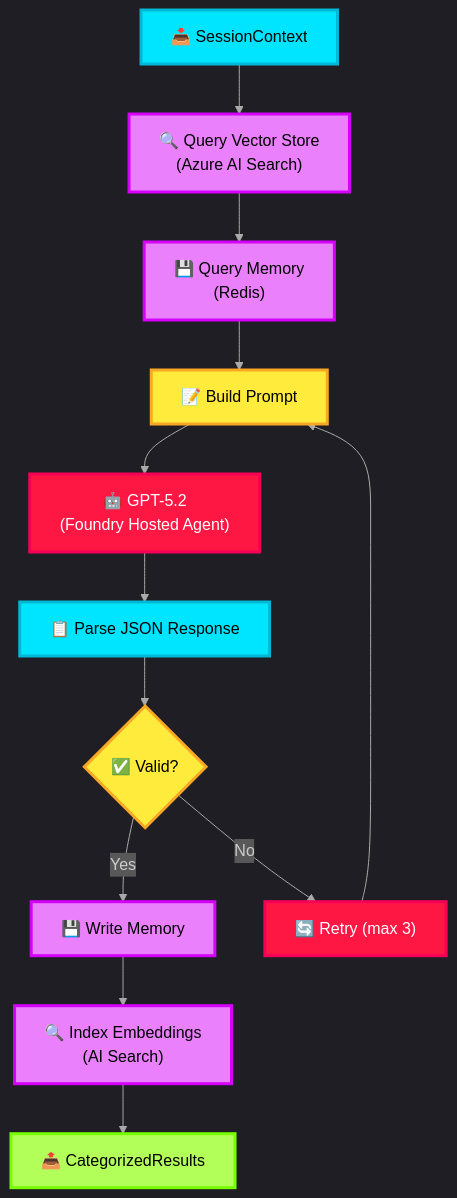
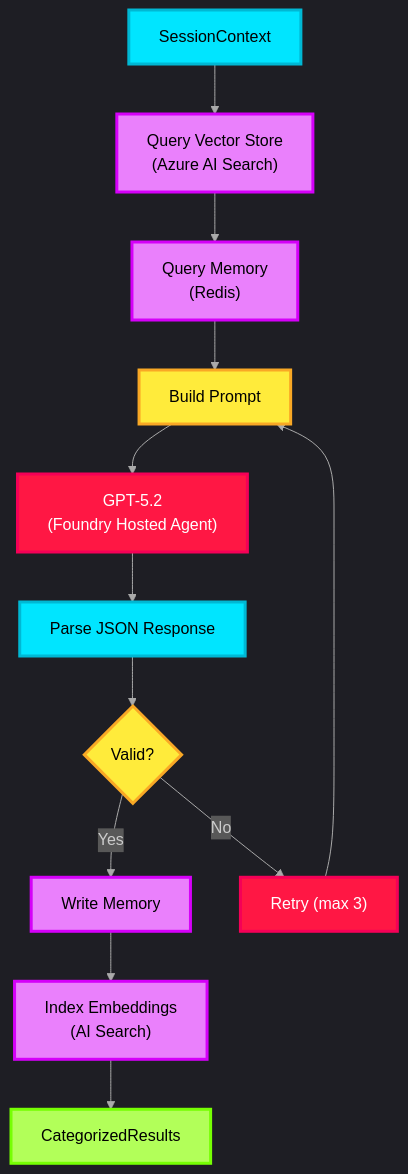
Before and after one commit to thanhauco/agentic-ai-icm-system: the diagram in docs/04-summarizer-agent.md, drawn with Mermaid. The commit also changed 1 other file, not shown here.

Commit message:
docs: Add initial documentation for all major system components of the agentic AI ICM system.

````diff
--- a/docs/04-summarizer-agent.md
+++ b/docs/04-summarizer-agent.md
@@ -9,27 +9,27 @@
 ```mermaid
 %%{init: {'theme': 'dark', 'themeVariables': {'lineColor': '#AAAAAA'}}}%%
 graph TD
-    A["📥 SessionContext"] --> B["🔍 Query Vector Store<br>(Azure AI Search)"]
-    B --> C["💾 Query Memory<br>(Redis)"]
-    C --> D["📝 Build Prompt"]
-    D --> E["🤖 GPT-5.2<br>(Foundry Hosted Agent)"]
-    E --> F["📋 Parse JSON Response"]
-    F --> G{"✅ Valid?"}
-    G -->|Yes| H["💾 Write Memory"]
-    G -->|No| I["🔄 Retry (max 3)"]
-    I --> D
-    H --> J["🔍 Index Embeddings<br>(AI Search)"]
-    J --> K["📤 CategorizedResults"]
+ A["SessionContext"] --> B["Query Vector Store<br>(Azure AI Search)"]
+ B --> C["Query Memory<br>(Redis)"]
+ C --> D["Build Prompt"]
+ D --> E["GPT-5.2<br>(Foundry Hosted Agent)"]
+ E --> F["Parse JSON Response"]
+ F --> G{"Valid?"}
+ G -->|Yes| H["Write Memory"]
+ G -->|No| I["Retry (max 3)"]
+ I --> D
+ H --> J["Index Embeddings<br>(AI Search)"]
+ J --> K["CategorizedResults"]
 
-    style A fill:#00E5FF,stroke:#00B8D4,stroke-width:3px,color:#000
-    style B fill:#EA80FC,stroke:#D500F9,stroke-width:3px,color:#000
-    style C fill:#EA80FC,stroke:#D500F9,stroke-width:3px,color:#000
-    style D fill:#FFEB3B,stroke:#F9A825,stroke-width:3px,color:#000
-    style E fill:#FF1744,stroke:#F50057,stroke-width:3px,color:#fff
-    style F fill:#00E5FF,stroke:#00B8D4,stroke-width:3px,color:#000
-    style G fill:#FFEB3B,stroke:#F9A825,stroke-width:3px,color:#000
-    style H fill:#EA80FC,stroke:#D500F9,stroke-width:3px,color:#000
-    style I fill:#FF1744,stroke:#F50057,stroke-width:3px,color:#fff
-    style J fill:#EA80FC,stroke:#D500F9,stroke-width:3px,color:#000
-    style K fill:#B2FF59,stroke:#76FF03,stroke-width:3px,color:#000
+ style A fill:#00E5FF,stroke:#00B8D4,stroke-width:3px,color:#000
+ style B fill:#EA80FC,stroke:#D500F9,stroke-width:3px,color:#000
+ style C fill:#EA80FC,stroke:#D500F9,stroke-width:3px,color:#000
+ style D fill:#FFEB3B,stroke:#F9A825,stroke-width:3px,color:#000
+ style E fill:#FF1744,stroke:#F50057,stroke-width:3px,color:#fff
+ style F fill:#00E5FF,stroke:#00B8D4,stroke-width:3px,color:#000
+ style G fill:#FFEB3B,stroke:#F9A825,stroke-width:3px,color:#000
+ style H fill:#EA80FC,stroke:#D500F9,stroke-width:3px,color:#000
+ style I fill:#FF1744,stroke:#F50057,stroke-width:3px,color:#fff
+ style J fill:#EA80FC,stroke:#D500F9,stroke-width:3px,color:#000
+ style K fill:#B2FF59,stroke:#76FF03,stroke-width:3px,color:#000
 ```
````
